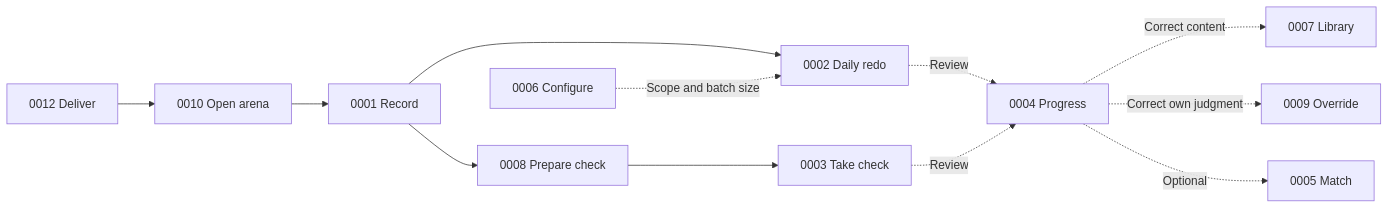
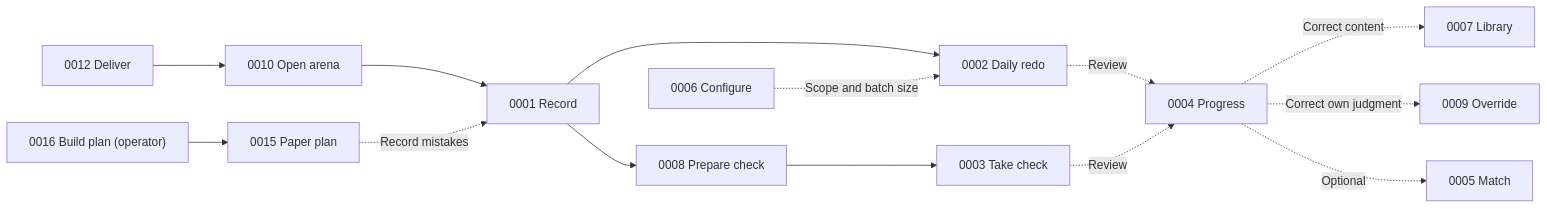
One commit to lengthlong/exercise_arena changed the diagram in journey/USER.md. Above: the diagram before and after it, drawn with Mermaid. The commit also changed other lines of this file and 20 other files, not shown here.

Commit message:
Write off 0050: PSLE paper plan sub-tab and Questions per day finish forecast

````diff
--- a/journey/USER.md
+++ b/journey/USER.md
@@ -18,14 +19,16 @@
 ```mermaid
 flowchart LR
     Access["0010 Open arena"] --> Record["0001 Record"]
     Record --> Daily["0002 Daily redo"]
     Record --> Prepare["0008 Prepare check"]
     Prepare --> Take["0003 Take check"]
     Daily -. Review .-> Progress["0004 Progress"]
     Take -. Review .-> Progress
     Progress -. Correct content .-> Library["0007 Library"]
     Progress -. Correct own judgment .-> Override["0009 Override"]
     Progress -. Optional .-> Match["0005 Match"]
     Settings["0006 Configure"] -. Scope and batch size .-> Daily
+    Build["0016 Build plan (operator)"] --> Plan["0015 Paper plan"]
+    Plan -. Record mistakes .-> Record
     Deliver["0012 Deliver"] --> Access
 ```
````
